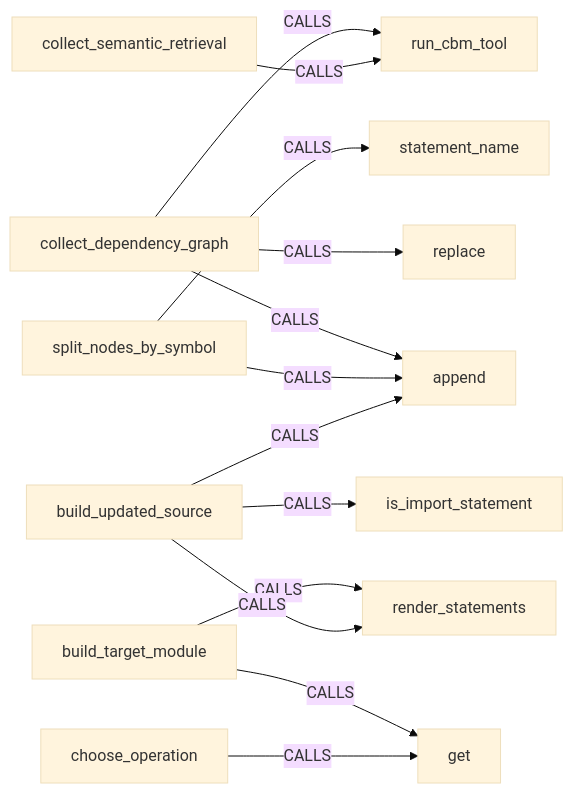
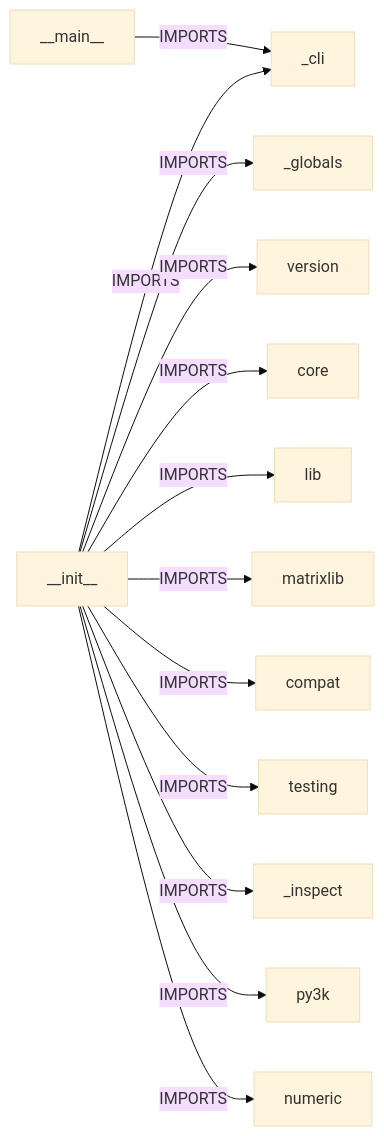
The fourth of 7 diagrams in .refactor/analysis/candidates/report.md (scl2bp/refactor_cli), drawn with Mermaid (base theme) before and after one commit. The commit also changed other lines of this file, not shown here.

````diff
--- a/.refactor/analysis/candidates/report.md
+++ b/.refactor/analysis/candidates/report.md
@@ -149,15 +200,15 @@
 ```mermaid
 flowchart LR
-  collect_dependency_graph["collect_dependency_graph"] -->|CALLS| append["append"]
-  collect_dependency_graph["collect_dependency_graph"] -->|CALLS| replace["replace"]
-  collect_dependency_graph["collect_dependency_graph"] -->|CALLS| run_cbm_tool["run_cbm_tool"]
-  collect_semantic_retrieval["collect_semantic_retrieval"] -->|CALLS| run_cbm_tool["run_cbm_tool"]
-  split_nodes_by_symbol["split_nodes_by_symbol"] -->|CALLS| statement_name["statement_name"]
-  split_nodes_by_symbol["split_nodes_by_symbol"] -->|CALLS| append["append"]
-  build_target_module["build_target_module"] -->|CALLS| get["get"]
-  build_target_module["build_target_module"] -->|CALLS| render_statements["render_statements"]
-  build_updated_source["build_updated_source"] -->|CALLS| is_import_statement["is_import_statement"]
-  build_updated_source["build_updated_source"] -->|CALLS| append["append"]
-  build_updated_source["build_updated_source"] -->|CALLS| render_statements["render_statements"]
-  choose_operation["choose_operation"] -->|CALLS| get["get"]
+  __init__["__init__"] -->|IMPORTS| _cli["_cli"]
+  __main__["__main__"] -->|IMPORTS| _cli["_cli"]
+  __init__["__init__"] -->|IMPORTS| _globals["_globals"]
+  __init__["__init__"] -->|IMPORTS| version["version"]
+  __init__["__init__"] -->|IMPORTS| core["core"]
+  __init__["__init__"] -->|IMPORTS| lib["lib"]
+  __init__["__init__"] -->|IMPORTS| matrixlib["matrixlib"]
+  __init__["__init__"] -->|IMPORTS| compat["compat"]
+  __init__["__init__"] -->|IMPORTS| testing["testing"]
+  __init__["__init__"] -->|IMPORTS| _inspect["_inspect"]
+  __init__["__init__"] -->|IMPORTS| py3k["py3k"]
+  __init__["__init__"] -->|IMPORTS| numeric["numeric"]
 ```
````
